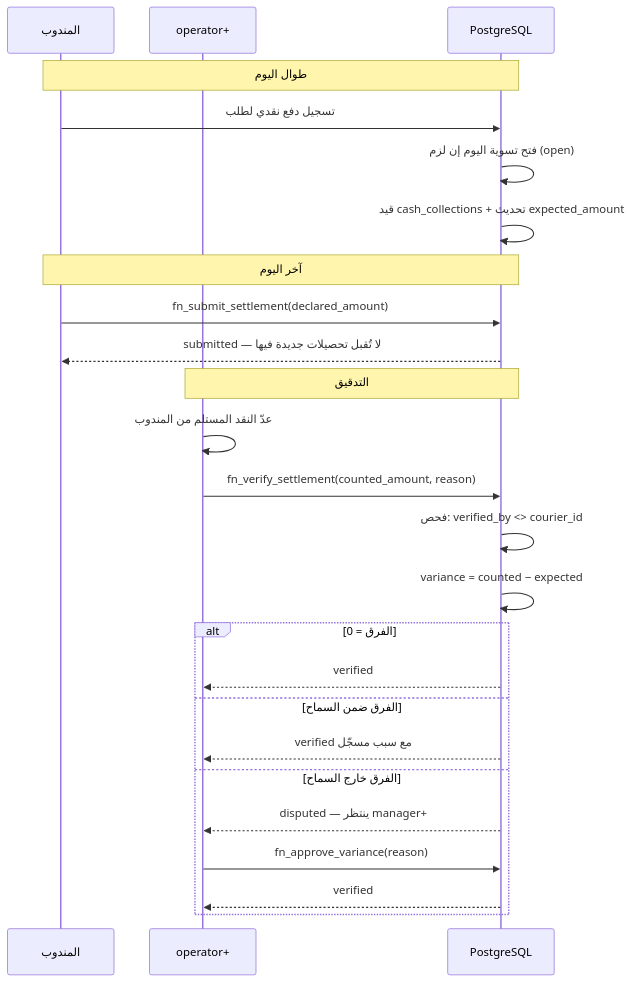
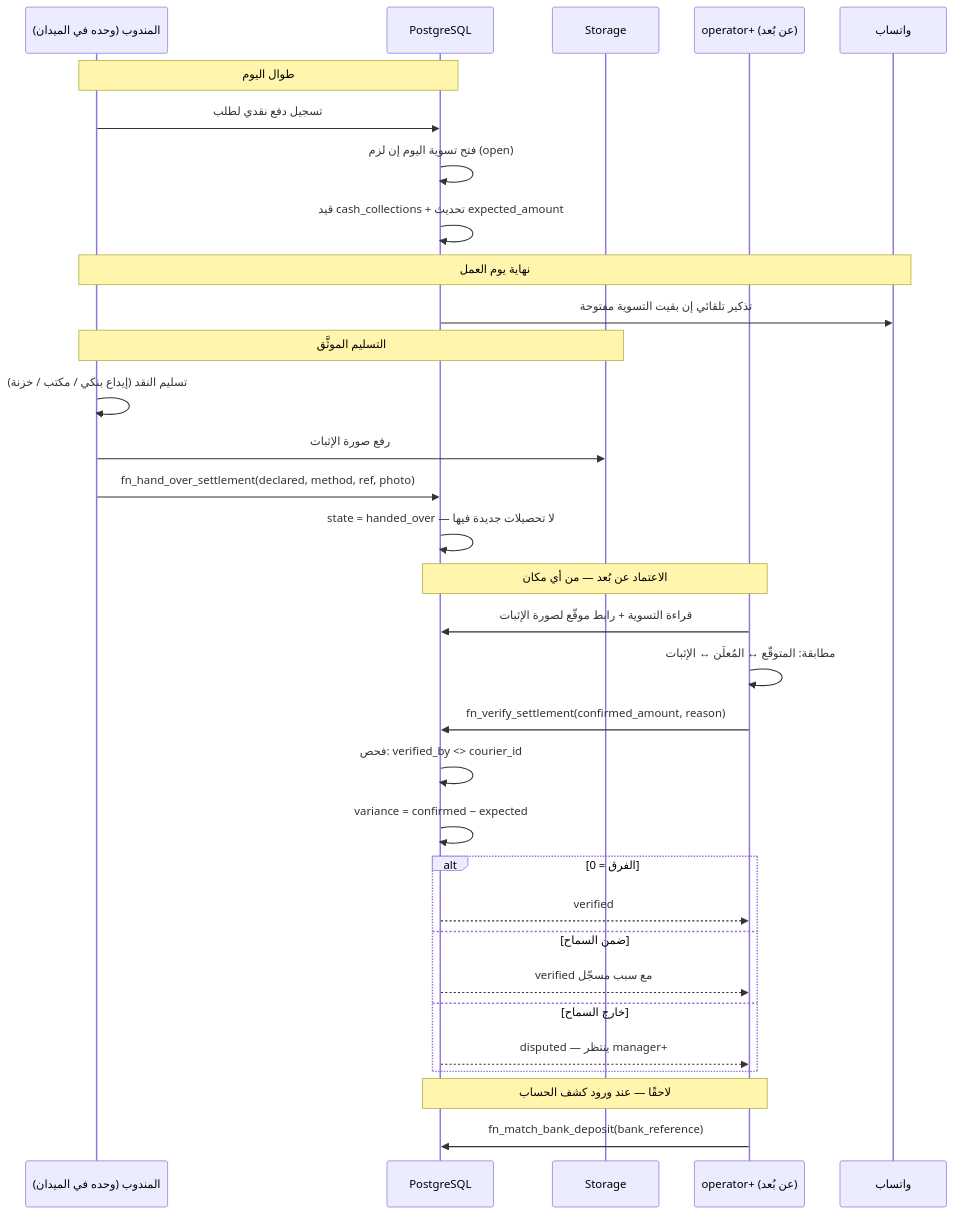
The fifth of 5 diagrams in docs/plan/04-domain-flows.md (omannote/duby), drawn with Mermaid before and after one commit. The commit also changed other lines of this file and 12 other files, not shown here.

````diff
--- a/docs/plan/04-domain-flows.md
+++ b/docs/plan/04-domain-flows.md
@@ -266,31 +269,40 @@
 ```mermaid
 sequenceDiagram
-    participant C as المندوب
-    participant A as operator+
+    participant C as المندوب (وحده في الميدان)
     participant D as PostgreSQL
+    participant S as Storage
+    participant A as operator+ (عن بُعد)
+    participant W as واتساب
 
     Note over C,D: طوال اليوم
     C->>D: تسجيل دفع نقدي لطلب
     D->>D: فتح تسوية اليوم إن لزم (open)
     D->>D: قيد cash_collections + تحديث expected_amount
 
-    Note over C,D: آخر اليوم
-    C->>D: fn_submit_settlement(declared_amount)
-    D-->>C: submitted — لا تُقبل تحصيلات جديدة فيها
+    Note over C,W: نهاية يوم العمل
+    D->>W: تذكير تلقائي إن بقيت التسوية مفتوحة
 
-    Note over A,D: التدقيق
-    A->>A: عدّ النقد المستلم من المندوب
-    A->>D: fn_verify_settlement(counted_amount, reason)
+    Note over C,S: التسليم الموثَّق
+    C->>C: تسليم النقد (إيداع بنكي / مكتب / خزنة)
+    C->>S: رفع صورة الإثبات
+    C->>D: fn_hand_over_settlement(declared, method, ref, photo)
+    D->>D: state = handed_over — لا تحصيلات جديدة فيها
+
+    Note over A,D: الاعتماد عن بُعد — من أي مكان
+    A->>D: قراءة التسوية + رابط موقّع لصورة الإثبات
+    A->>A: مطابقة: المتوقّع ↔ المُعلَن ↔ الإثبات
+    A->>D: fn_verify_settlement(confirmed_amount, reason)
     D->>D: فحص: verified_by <> courier_id
-    D->>D: variance = counted − expected
+    D->>D: variance = confirmed − expected
 
     alt الفرق = 0
         D-->>A: verified
-    else الفرق ضمن السماح
+    else ضمن السماح
         D-->>A: verified مع سبب مسجّل
-    else الفرق خارج السماح
+    else خارج السماح
         D-->>A: disputed — ينتظر manager+
-        A->>D: fn_approve_variance(reason)
-        D-->>A: verified
     end
+
+    Note over A,D: لاحقًا — عند ورود كشف الحساب
+    A->>D: fn_match_bank_deposit(bank_reference)
 ```
````
